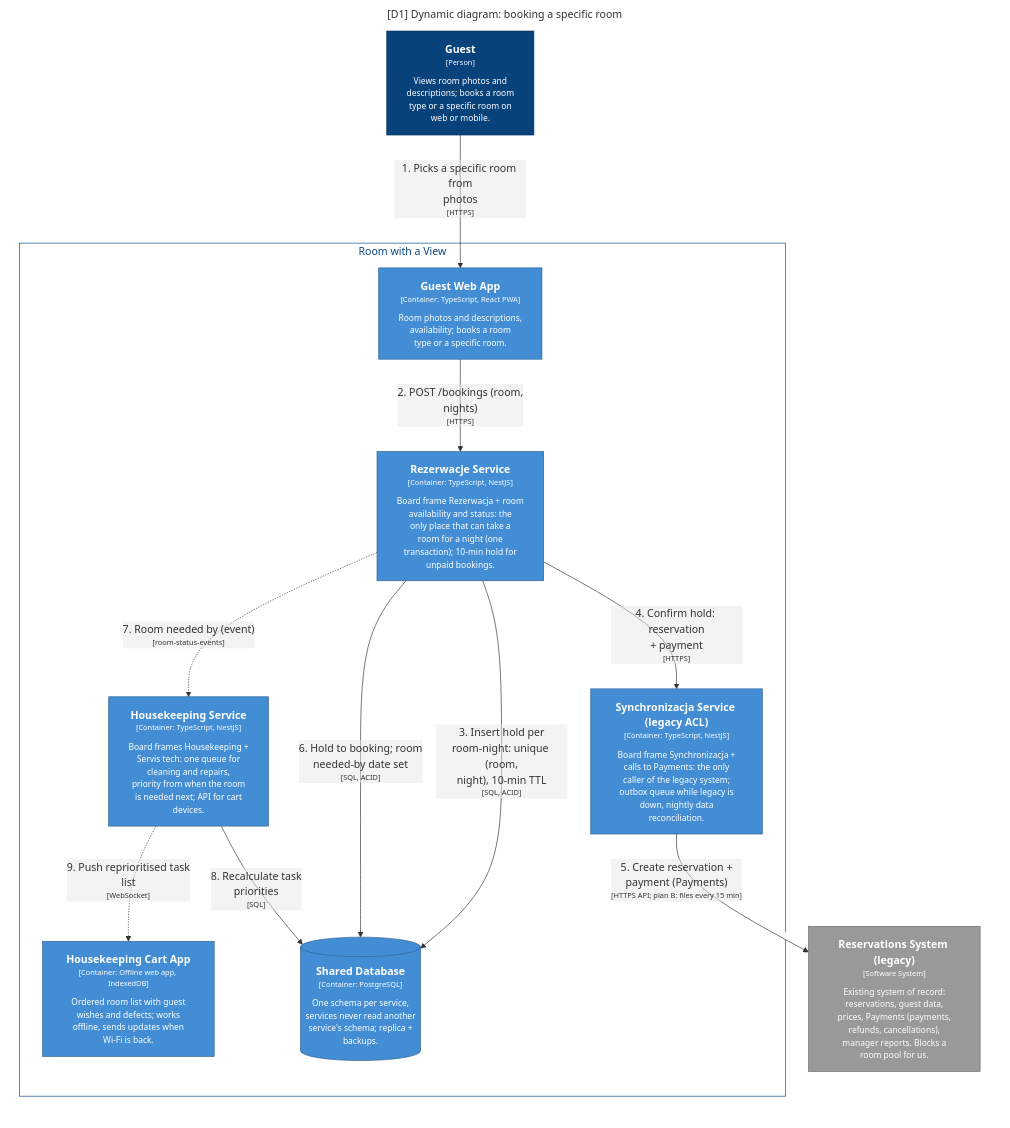
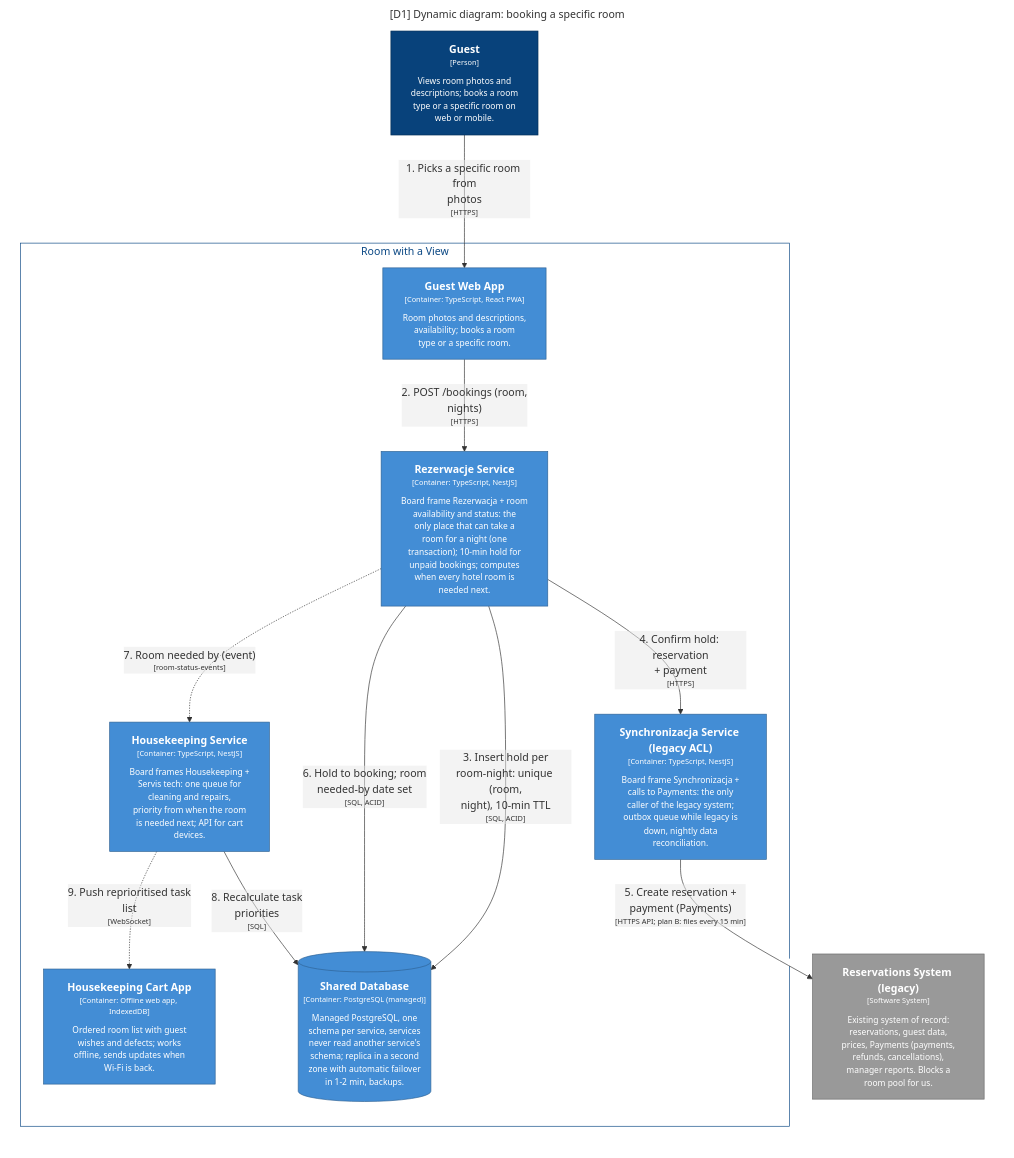
The diagram in zadanie/c4/out/mermaid/D1-KeyFlow.mmd (patrykkarny/Kata-workshopAI), drawn with Mermaid before and after one commit. The commit also changed 21 other files, not shown here.

```diff
--- a/zadanie/c4/out/mermaid/D1-KeyFlow.mmd
+++ b/zadanie/c4/out/mermaid/D1-KeyFlow.mmd
@@ -1,39 +1,39 @@
 graph LR
   linkStyle default fill:#ffffff
 
   subgraph diagram ["[D1] Dynamic diagram: booking a specific room"]
     style diagram fill:#ffffff,stroke:#ffffff
 
     subgraph 4 ["Room with a View"]
       style 4 fill:#ffffff,stroke:#0b4884,color:#0b4884
 
       11["<div style='font-weight: bold'>Synchronizacja Service (legacy ACL)</div><div style='font-size: 70%; margin-top: 0px'>[Container: TypeScript, NestJS]</div><div style='font-size: 80%; margin-top:10px'>Board frame Synchronizacja +<br />calls to Payments: the only<br />caller of the legacy system;<br />outbox queue while legacy is<br />down, nightly data<br />reconciliation.</div>"]
       style 11 fill:#438dd5,stroke:#2e6295,color:#ffffff
-      13[("<div style='font-weight: bold'>Shared Database</div><div style='font-size: 70%; margin-top: 0px'>[Container: PostgreSQL]</div><div style='font-size: 80%; margin-top:10px'>One schema per service,<br />services never read another<br />service's schema; replica +<br />backups.</div>")]
+      13[("<div style='font-weight: bold'>Shared Database</div><div style='font-size: 70%; margin-top: 0px'>[Container: PostgreSQL (managed)]</div><div style='font-size: 80%; margin-top:10px'>Managed PostgreSQL, one<br />schema per service, services<br />never read another service's<br />schema; replica in a second<br />zone with automatic failover<br />in 1-2 min, backups.</div>")]
       style 13 fill:#438dd5,stroke:#2e6295,color:#ffffff
       5["<div style='font-weight: bold'>Guest Web App</div><div style='font-size: 70%; margin-top: 0px'>[Container: TypeScript, React PWA]</div><div style='font-size: 80%; margin-top:10px'>Room photos and descriptions,<br />availability; books a room<br />type or a specific room.</div>"]
       style 5 fill:#438dd5,stroke:#2e6295,color:#ffffff
       7["<div style='font-weight: bold'>Housekeeping Cart App</div><div style='font-size: 70%; margin-top: 0px'>[Container: Offline web app, IndexedDB]</div><div style='font-size: 80%; margin-top:10px'>Ordered room list with guest<br />wishes and defects; works<br />offline, sends updates when<br />Wi-Fi is back.</div>"]
       style 7 fill:#438dd5,stroke:#2e6295,color:#ffffff
-      8["<div style='font-weight: bold'>Rezerwacje Service</div><div style='font-size: 70%; margin-top: 0px'>[Container: TypeScript, NestJS]</div><div style='font-size: 80%; margin-top:10px'>Board frame Rezerwacja + room<br />availability and status: the<br />only place that can take a<br />room for a night (one<br />transaction); 10-min hold for<br />unpaid bookings.</div>"]
+      8["<div style='font-weight: bold'>Rezerwacje Service</div><div style='font-size: 70%; margin-top: 0px'>[Container: TypeScript, NestJS]</div><div style='font-size: 80%; margin-top:10px'>Board frame Rezerwacja + room<br />availability and status: the<br />only place that can take a<br />room for a night (one<br />transaction); 10-min hold for<br />unpaid bookings; computes<br />when every hotel room is<br />needed next.</div>"]
       style 8 fill:#438dd5,stroke:#2e6295,color:#ffffff
       9["<div style='font-weight: bold'>Housekeeping Service</div><div style='font-size: 70%; margin-top: 0px'>[Container: TypeScript, NestJS]</div><div style='font-size: 80%; margin-top:10px'>Board frames Housekeeping +<br />Servis tech: one queue for<br />cleaning and repairs,<br />priority from when the room<br />is needed next; API for cart<br />devices.</div>"]
       style 9 fill:#438dd5,stroke:#2e6295,color:#ffffff
     end
 
     1["<div style='font-weight: bold'>Guest</div><div style='font-size: 70%; margin-top: 0px'>[Person]</div><div style='font-size: 80%; margin-top:10px'>Views room photos and<br />descriptions; books a room<br />type or a specific room on<br />web or mobile.</div>"]
     style 1 fill:#08427b,stroke:#052e56,color:#ffffff
     15["<div style='font-weight: bold'>Reservations System (legacy)</div><div style='font-size: 70%; margin-top: 0px'>[Software System]</div><div style='font-size: 80%; margin-top:10px'>Existing system of record:<br />reservations, guest data,<br />prices, Payments (payments,<br />refunds, cancellations),<br />manager reports. Blocks a<br />room pool for us.</div>"]
     style 15 fill:#999999,stroke:#6b6b6b,color:#ffffff
 
     1-- "<div>1. Picks a specific room from<br />photos</div><div style='font-size: 70%'>[HTTPS]</div>" -->5
     5-- "<div>2. POST /bookings (room,<br />nights)</div><div style='font-size: 70%'>[HTTPS]</div>" -->8
     8-- "<div>3. Insert hold per<br />room-night: unique (room,<br />night), 10-min TTL</div><div style='font-size: 70%'>[SQL, ACID]</div>" -->13
     8-- "<div>4. Confirm hold: reservation<br />+ payment</div><div style='font-size: 70%'>[HTTPS]</div>" -->11
     11-- "<div>5. Create reservation +<br />payment (Payments)</div><div style='font-size: 70%'>[HTTPS API; plan B: files every 15 min]</div>" -->15
     8-- "<div>6. Hold to booking; room<br />needed-by date set</div><div style='font-size: 70%'>[SQL, ACID]</div>" -->13
     8-. "<div>7. Room needed by (event)</div><div style='font-size: 70%'>[room-status-events]</div>" .->9
     9-- "<div>8. Recalculate task<br />priorities</div><div style='font-size: 70%'>[SQL]</div>" -->13
     9-. "<div>9. Push reprioritised task<br />list</div><div style='font-size: 70%'>[WebSocket]</div>" .->7
 
   end
```
